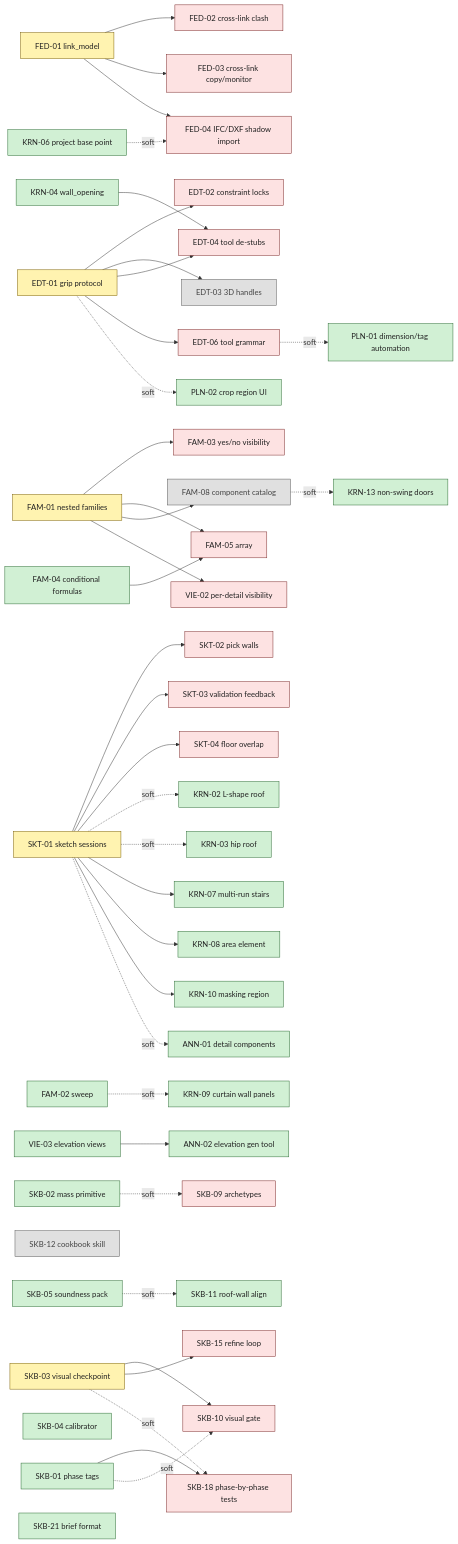
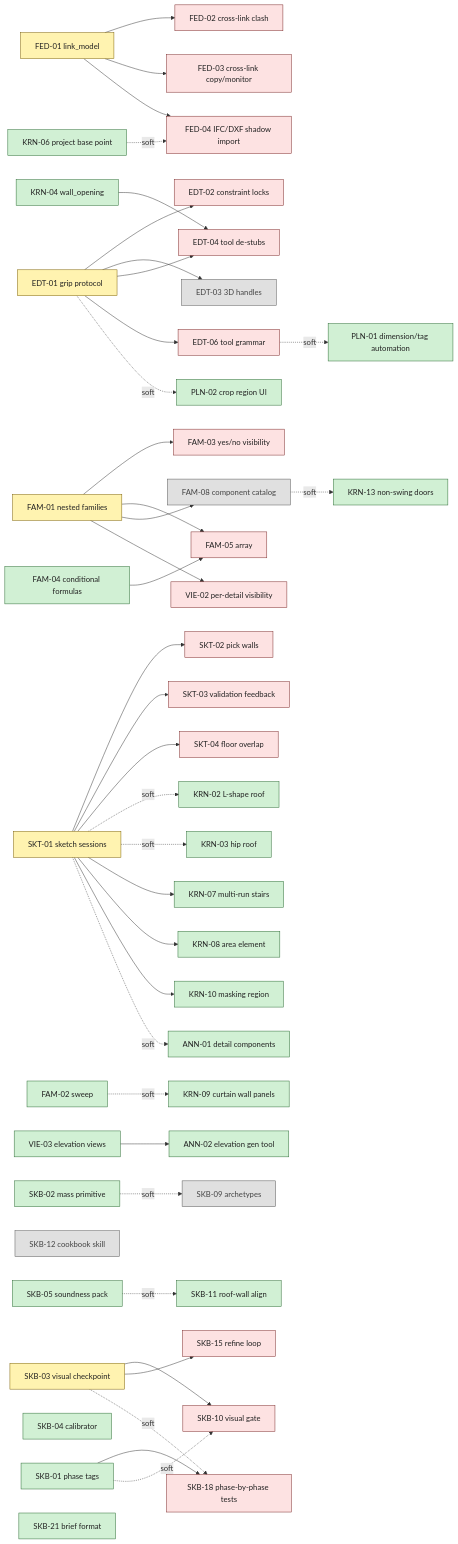
Before and after one commit to jhoetter/bim-ai: the diagram in spec/workpackage-master-tracker.md, drawn with Mermaid. The commit also changed other lines of this file and 4 other files, not shown here.

```diff
--- a/spec/workpackage-master-tracker.md
+++ b/spec/workpackage-master-tracker.md
@@ -103,7 +103,7 @@
   SKB02[SKB-02 mass primitive]:::ready
   SKB04[SKB-04 calibrator]:::ready
   SKB05[SKB-05 soundness pack]:::ready
-  SKB09[SKB-09 archetypes]:::blocked
+  SKB09[SKB-09 archetypes]:::done
   SKB10[SKB-10 visual gate]:::blocked
   SKB11[SKB-11 roof-wall align]:::ready
   SKB15[SKB-15 refine loop]:::blocked
```
